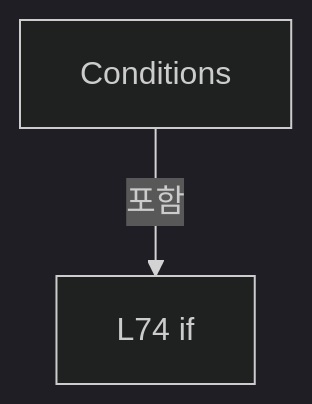
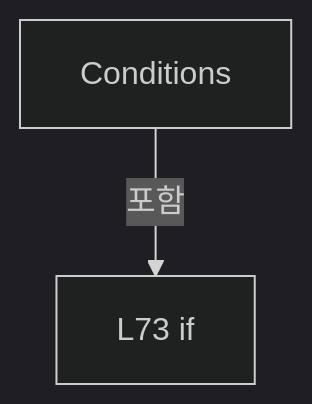
The fifth of 16 diagrams in A3 LD Code Ref/files/Drilling.Common/Correction/CDefaultOffsetCalibration.cs.md (kjuws10-rgb/Shared), drawn with Mermaid (dark theme) before and after one commit. The commit also changed other lines of this file and 2071 other files, not shown here.

Commit message:
docs(a3): update 11.19.0 architecture and code reference

````diff
--- a/A3 LD Code Ref/files/Drilling.Common/Correction/CDefaultOffsetCalibration.cs.md
+++ b/A3 LD Code Ref/files/Drilling.Common/Correction/CDefaultOffsetCalibration.cs.md
@@ -552,6 +552,6 @@
 ```mermaid
 flowchart TD
  M["Conditions"]
- N0["L74 if"]
+ N0["L73 if"]
  M -->|포함| N0
 ```
````
